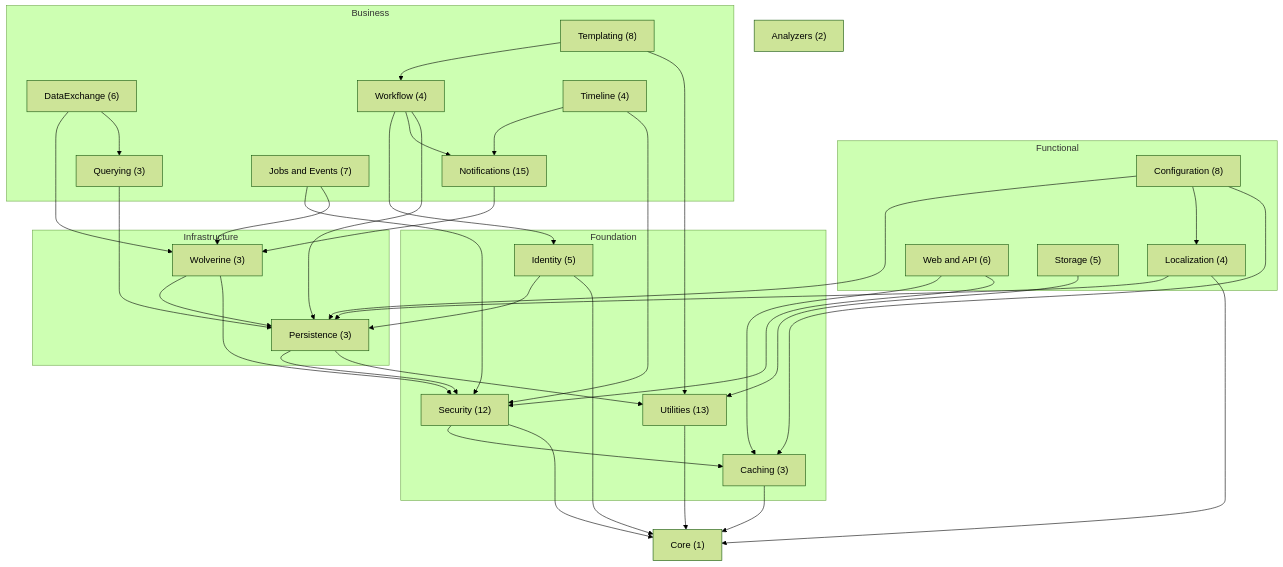
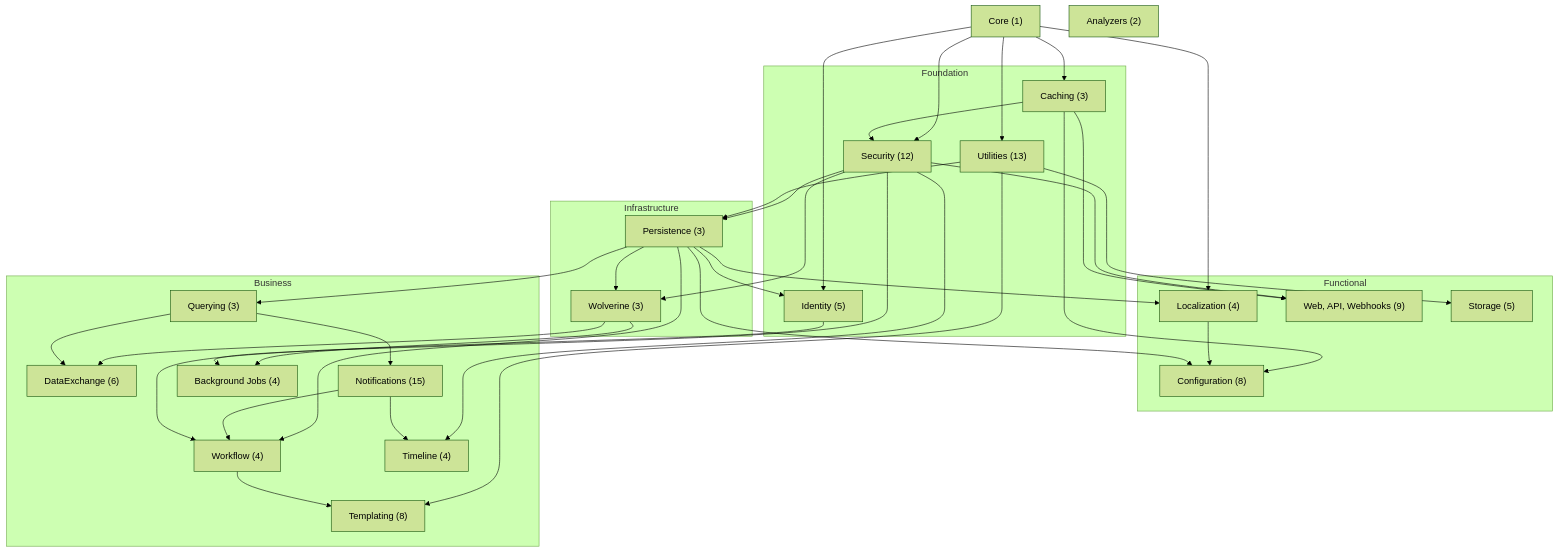
One commit to enraiz/granit-dotnet changed the first of 5 diagrams in docs-site/src/content/docs/reference/dependency-graph.md. Above: the diagram before and after it, drawn with Mermaid (forest theme). The commit also changed other lines of this file and 114 other files, not shown here.

````diff
--- a/docs-site/src/content/docs/reference/dependency-graph.md
+++ b/docs-site/src/content/docs/reference/dependency-graph.md
@@ -24,70 +26,71 @@
 ```mermaid
 flowchart TD
     CORE["Core (1)"]
 
     subgraph Foundation
         UTILS["Utilities (13)"]
         SEC["Security (12)"]
         CACHE["Caching (3)"]
         IDENT["Identity (5)"]
     end
 
     subgraph Infrastructure
         PERS["Persistence (3)"]
         WOL["Wolverine (3)"]
     end
 
     subgraph Functional
         LOC["Localization (4)"]
-        WEB["Web and API (6)"]
+        WEB["Web, API, Webhooks (9)"]
         CONFIG["Configuration (8)"]
         STORAGE["Storage (5)"]
     end
 
     subgraph Business
         TMPL["Templating (8)"]
         QRY["Querying (3)"]
         DX["DataExchange (6)"]
         WF["Workflow (4)"]
         NOTIF["Notifications (15)"]
         TL["Timeline (4)"]
-        JOBS["Jobs and Events (7)"]
+        JOBS["Background Jobs (4)"]
     end
 
     ANLZ["Analyzers (2)"]
 
-    UTILS --> CORE
-    SEC --> CORE
-    SEC --> CACHE
-    CACHE --> CORE
-    IDENT --> CORE
-    IDENT --> PERS
+    CORE --> UTILS
+    CORE --> SEC
+    CORE --> CACHE
+    CORE --> LOC
 
-    PERS --> UTILS
-    PERS --> SEC
-    WOL --> SEC
-    WOL --> PERS
+    CACHE --> SEC
+    SEC --> PERS
+    UTILS --> PERS
+    UTILS --> STORAGE
 
-    LOC --> CORE
-    LOC --> PERS
-    WEB --> SEC
-    WEB --> CACHE
-    CONFIG --> CACHE
-    CONFIG --> LOC
-    CONFIG --> PERS
-    STORAGE --> UTILS
+    SEC --> WOL
+    PERS --> WOL
+    PERS --> LOC
+    PERS --> QRY
+    PERS --> WF
+    CORE --> IDENT
+    PERS --> IDENT
 
-    TMPL --> UTILS
-    TMPL --> WF
-    QRY --> PERS
-    DX --> QRY
-    DX --> WOL
-    WF --> PERS
-    WF --> NOTIF
-    WF --> IDENT
-    NOTIF --> WOL
-    TL --> SEC
-    TL --> NOTIF
-    JOBS --> WOL
-    JOBS --> SEC
+    SEC --> WEB
+    CACHE --> WEB
+    CACHE --> CONFIG
+    LOC --> CONFIG
+    PERS --> CONFIG
+
+    UTILS --> TMPL
+    QRY --> NOTIF
+    WOL --> DX
+    WOL --> JOBS
+    SEC --> TL
+    SEC --> JOBS
+    QRY --> DX
+    WF --> TMPL
+    NOTIF --> WF
+    NOTIF --> TL
+    IDENT --> WF
 ```
````
